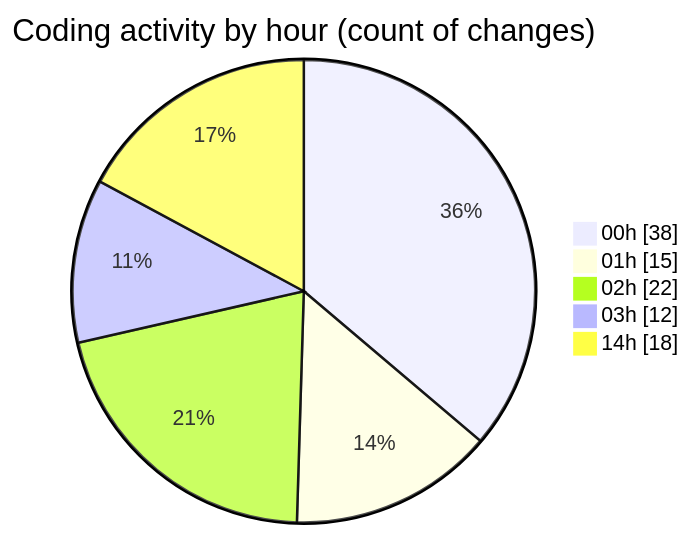
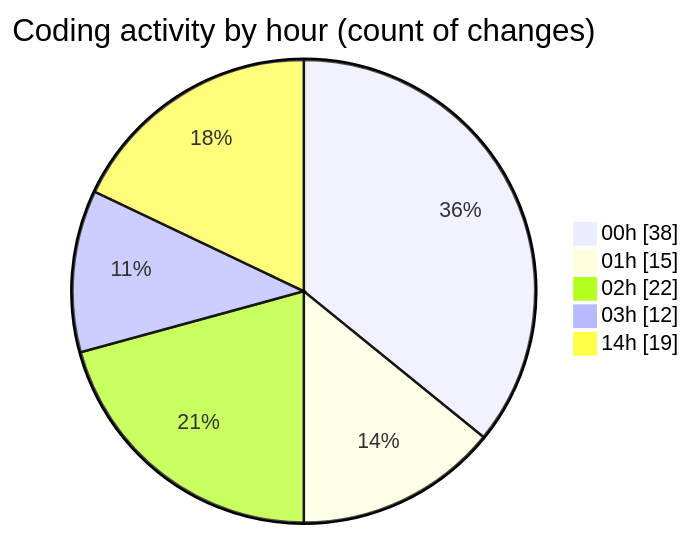
One commit to donsfak/code-tracking changed the second of 2 diagrams in 2025-03-08/uber_clone/README.md. Above: the diagram before and after it, drawn with Mermaid. The commit also changed other lines of this file and 1 other file, not shown here.

````diff
--- a/2025-03-08/uber_clone/README.md
+++ b/2025-03-08/uber_clone/README.md
@@ -34,9 +34,9 @@
 ```mermaid
 pie showData
 title Coding activity by hour (count of changes)
 "00h" : 38
 "01h" : 15
 "02h" : 22
 "03h" : 12
-"14h" : 18
+"14h" : 19
 ```
````
